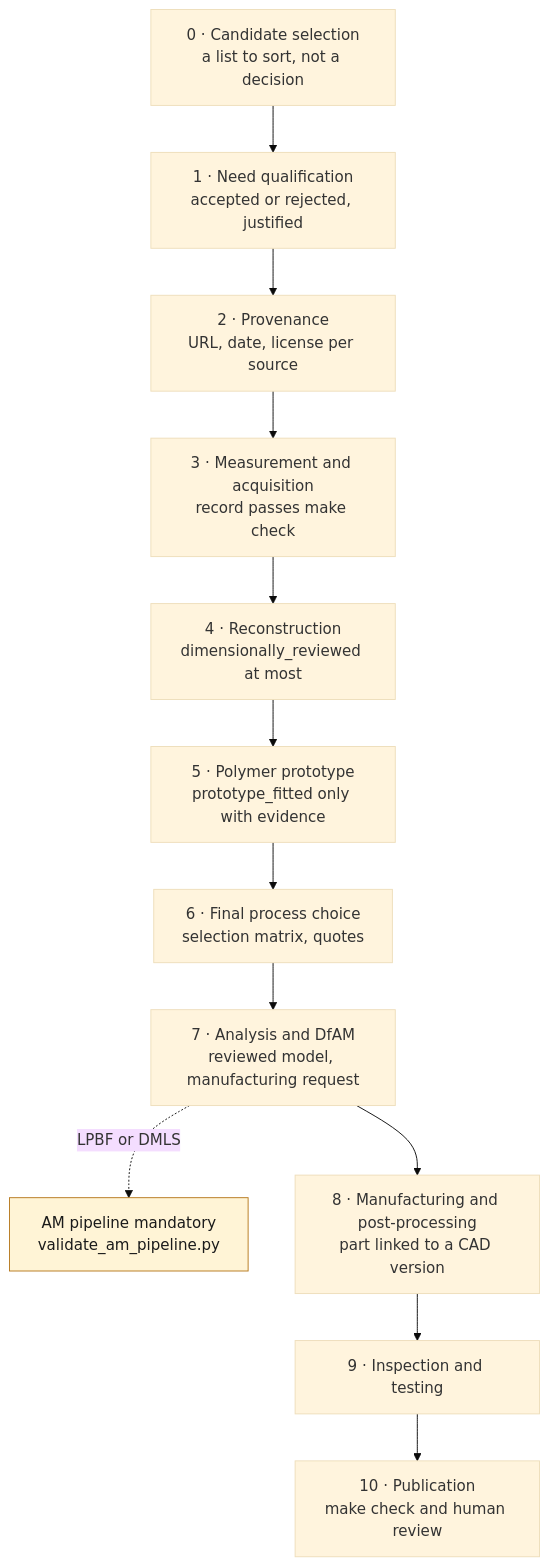
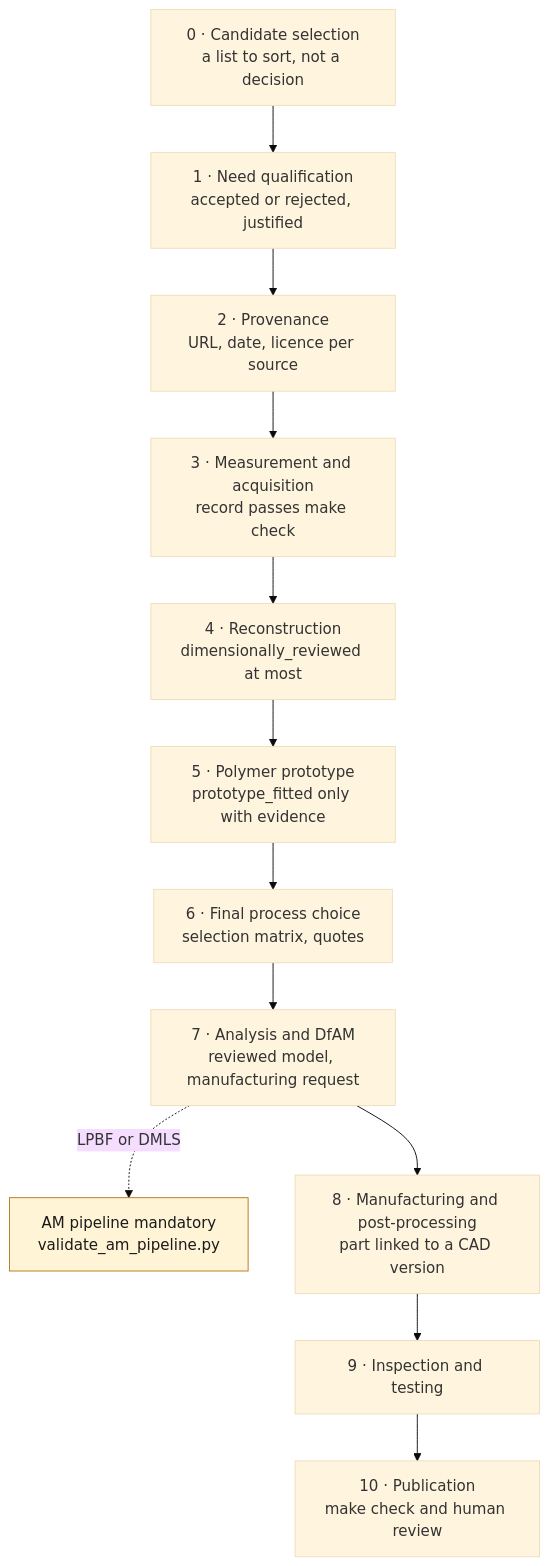
The first of 2 diagrams in docs/WORKFLOW.md (cluster2600/porscheparts), drawn with Mermaid (base theme) before and after one commit. The commit also changed other lines of this file and 480 other files, not shown here.

````diff
--- a/docs/WORKFLOW.md
+++ b/docs/WORKFLOW.md
@@ -10,17 +10,17 @@
 ```mermaid
 flowchart TD
     S0["0 · Candidate selection<br/>a list to sort, not a decision"] --> S1["1 · Need qualification<br/>accepted or rejected, justified"]
-    S1 --> S2["2 · Provenance<br/>URL, date, license per source"]
+    S1 --> S2["2 · Provenance<br/>URL, date, licence per source"]
     S2 --> S3["3 · Measurement and acquisition<br/>record passes make check"]
     S3 --> S4["4 · Reconstruction<br/>dimensionally_reviewed at most"]
     S4 --> S5["5 · Polymer prototype<br/>prototype_fitted only with evidence"]
     S5 --> S6["6 · Final process choice<br/>selection matrix, quotes"]
     S6 --> S7["7 · Analysis and DfAM<br/>reviewed model, manufacturing request"]
     S7 -. "LPBF or DMLS" .-> AM["AM pipeline mandatory<br/>validate_am_pipeline.py"]:::open
     S7 --> S8["8 · Manufacturing and post-processing<br/>part linked to a CAD version"]
     S8 --> S9["9 · Inspection and testing"]
     S9 --> S10["10 · Publication<br/>make check and human review"]
     classDef stop fill:#fde2e1,stroke:#c0392b,color:#1a1a1a;
     classDef ok fill:#e3f1e6,stroke:#2e7d32,color:#1a1a1a;
     classDef open fill:#fff4d6,stroke:#b7791f,color:#1a1a1a;
 ```
````
